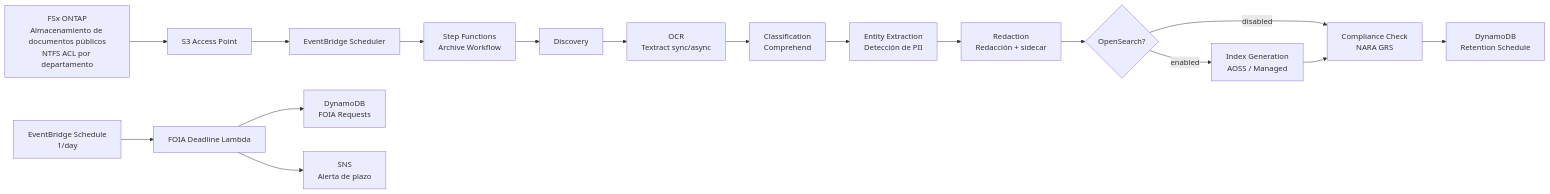
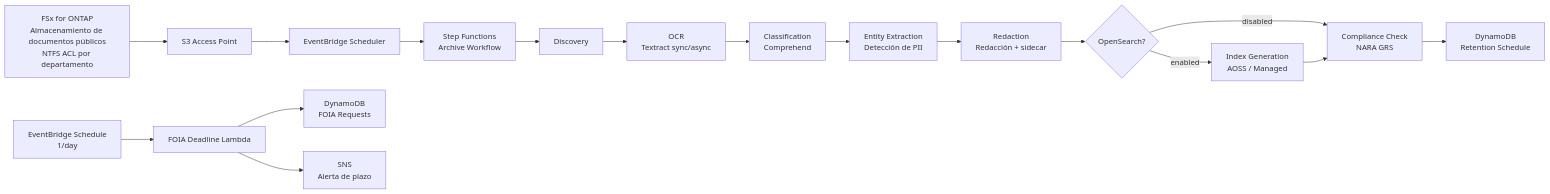
One commit to Yoshiki0705/FSx-for-ONTAP-S3AccessPoints-Serverless-Patterns changed the diagram in government-archives/docs/architecture.es.md. Above: the diagram before and after it, drawn with Mermaid. The commit also changed other lines of this file and 752 other files, not shown here.

````diff
--- a/government-archives/docs/architecture.es.md
+++ b/government-archives/docs/architecture.es.md
@@ -13,20 +13,20 @@
 ```mermaid
 graph LR
-    FSx[FSx ONTAP<br/>Almacenamiento de documentos públicos<br/>NTFS ACL por departamento] --> S3AP[S3 Access Point]
+    FSx[FSx for ONTAP<br/>Almacenamiento de documentos públicos<br/>NTFS ACL por departamento] --> S3AP[S3 Access Point]
     S3AP --> EB[EventBridge Scheduler]
     EB --> SFN[Step Functions<br/>Archive Workflow]
     SFN --> L1[Discovery]
     L1 --> L2[OCR<br/>Textract sync/async]
     L2 --> L3[Classification<br/>Comprehend]
     L3 --> L4[Entity Extraction<br/>Detección de PII]
     L4 --> L5[Redaction<br/>Redacción + sidecar]
     L5 --> C{OpenSearch?}
     C -->|enabled| L6[Index Generation<br/>AOSS / Managed]
     C -->|disabled| L7
     L6 --> L7[Compliance Check<br/>NARA GRS]
     L7 --> DDB[DynamoDB<br/>Retention Schedule]
 
     FD[EventBridge Schedule<br/>1/day] --> FL[FOIA Deadline Lambda]
     FL --> FDB[DynamoDB<br/>FOIA Requests]
     FL --> SNS[SNS<br/>Alerta de plazo]
 ```
````
